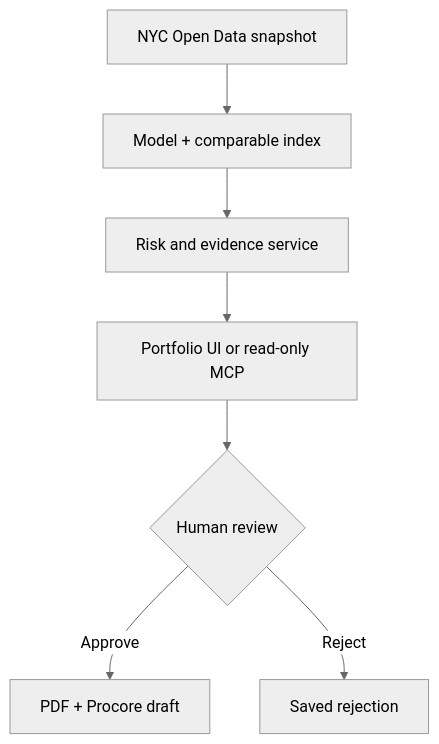
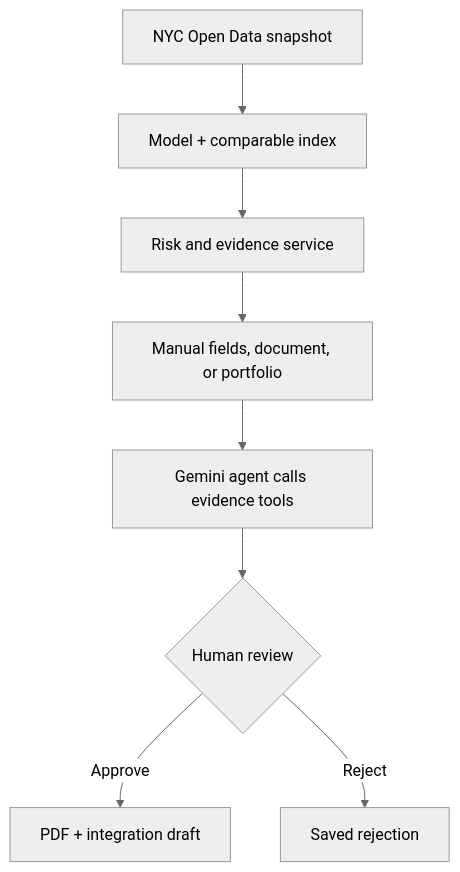
The diagram in README.md (ivky03/permitpulse-ai), drawn with Mermaid (neutral theme) before and after one commit. The commit also changed other lines of this file and 13 other files, not shown here.

Commit message:
stage 10: add Gemini permit planning agent

````diff
--- a/README.md
+++ b/README.md
@@ -38,9 +38,10 @@
 ```mermaid
 flowchart TD
     A["NYC Open Data snapshot"] --> B["Model + comparable index"]
     B --> C["Risk and evidence service"]
-    C --> D["Portfolio UI or read-only MCP"]
-    D --> E{"Human review"}
-    E -->|Approve| F["PDF + Procore draft"]
-    E -->|Reject| G["Saved rejection"]
+    C --> D["Manual fields, document, or portfolio"]
+    D --> E["Gemini agent calls evidence tools"]
+    E --> F{"Human review"}
+    F -->|Approve| G["PDF + integration draft"]
+    F -->|Reject| H["Saved rejection"]
 ```
````
